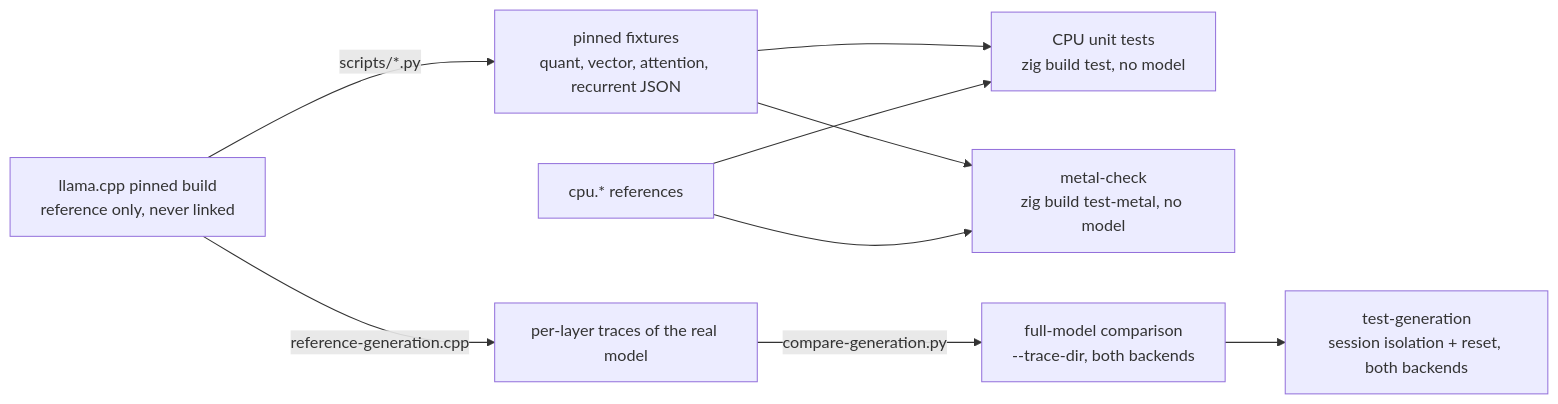
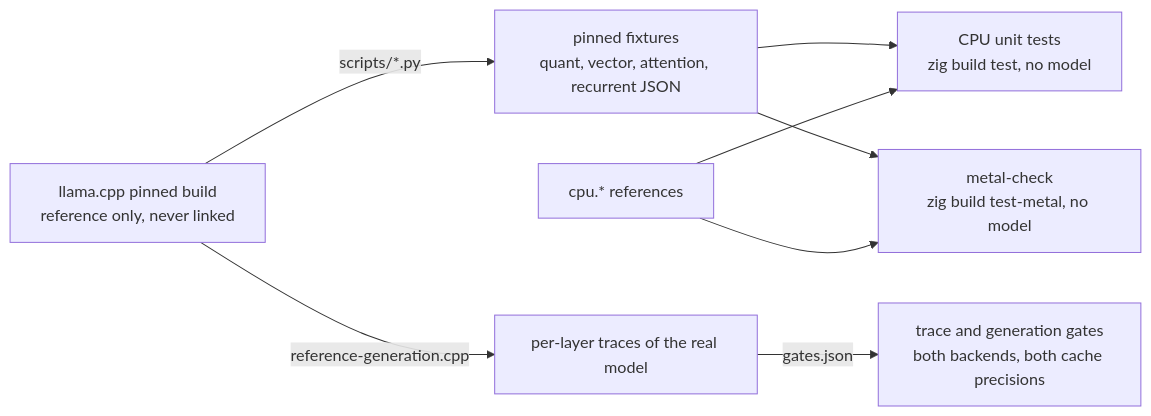
One commit to tildaslashalef/nuclis changed the eighth of 10 diagrams in docs/architecture.md. Above: the diagram before and after it, drawn with Mermaid. The commit also changed other lines of this file and 1 other file, not shown here.

Commit message:
docs(repo): the architecture guide as a map: tables, bullets, and pointers, no identifiers in prose (REPO-12)

````diff
--- a/docs/architecture.md
+++ b/docs/architecture.md
@@ -425,11 +318,10 @@
 ```mermaid
 flowchart LR
     ref[llama.cpp pinned build\nreference only, never linked] -- scripts/*.py --> fx[pinned fixtures\nquant, vector, attention, recurrent JSON]
     fx --> cpu_t[CPU unit tests\nzig build test, no model]
     cpu[cpu.* references] --> cpu_t
     fx --> gpu_t[metal-check\nzig build test-metal, no model]
     cpu --> gpu_t
     ref -- reference-generation.cpp --> traces[per-layer traces of the real model]
-    traces -- compare-generation.py --> full[full-model comparison\n--trace-dir, both backends]
-    full --> iso[test-generation\nsession isolation + reset, both backends]
+    traces -- gates.json --> full[trace and generation gates\nboth backends, both cache precisions]
 ```
````
